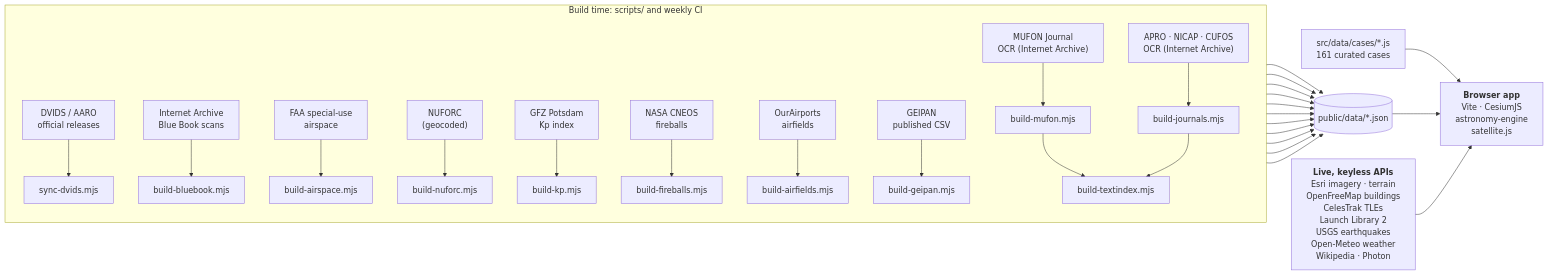
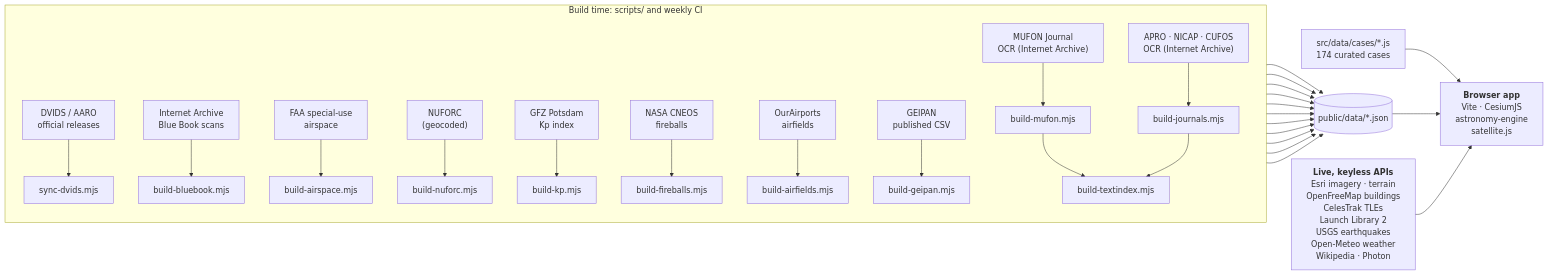
One commit to domw99/Gods-Eye-UAPs changed the diagram in README.md. Above: the diagram before and after it, drawn with Mermaid. The commit also changed other lines of this file and 19 other files, not shown here.

````diff
--- a/README.md
+++ b/README.md
@@ -389,21 +391,21 @@
 ```mermaid
 flowchart LR
   subgraph build["Build time: scripts/ and weekly CI"]
     direction TB
     DVIDS["DVIDS / AARO<br/>official releases"] --> S1["sync-dvids.mjs"]
     IA["Internet Archive<br/>Blue Book scans"] --> S2["build-bluebook.mjs"]
     FAA["FAA special-use<br/>airspace"] --> S3["build-airspace.mjs"]
     NUF["NUFORC<br/>(geocoded)"] --> S4["build-nuforc.mjs"]
     KP["GFZ Potsdam<br/>Kp index"] --> S8["build-kp.mjs"]
     FB["NASA CNEOS<br/>fireballs"] --> S10["build-fireballs.mjs"]
     OA["OurAirports<br/>airfields"] --> S9["build-airfields.mjs"]
     MUF["MUFON Journal<br/>OCR (Internet Archive)"] --> S5["build-mufon.mjs"]
     GEI["GEIPAN<br/>published CSV"] --> S6["build-geipan.mjs"]
     ARC["APRO · NICAP · CUFOS<br/>OCR (Internet Archive)"] --> S7["build-journals.mjs"]
     S5 & S7 --> S11["build-textindex.mjs"]
   end
   S1 & S2 & S3 & S4 & S5 & S6 & S7 & S8 & S9 & S10 & S11 --> DATA[("public/data/*.json")]
-  CASES["src/data/cases/*.js<br/>161 curated cases"] --> APP
+  CASES["src/data/cases/*.js<br/>174 curated cases"] --> APP
   DATA --> APP["<b>Browser app</b><br/>Vite · CesiumJS<br/>astronomy-engine<br/>satellite.js"]
   LIVE["<b>Live, keyless APIs</b><br/>Esri imagery · terrain<br/>OpenFreeMap buildings<br/>CelesTrak TLEs<br/>Launch Library 2<br/>USGS earthquakes<br/>Open-Meteo weather<br/>Wikipedia · Photon"] --> APP
 ```
````
